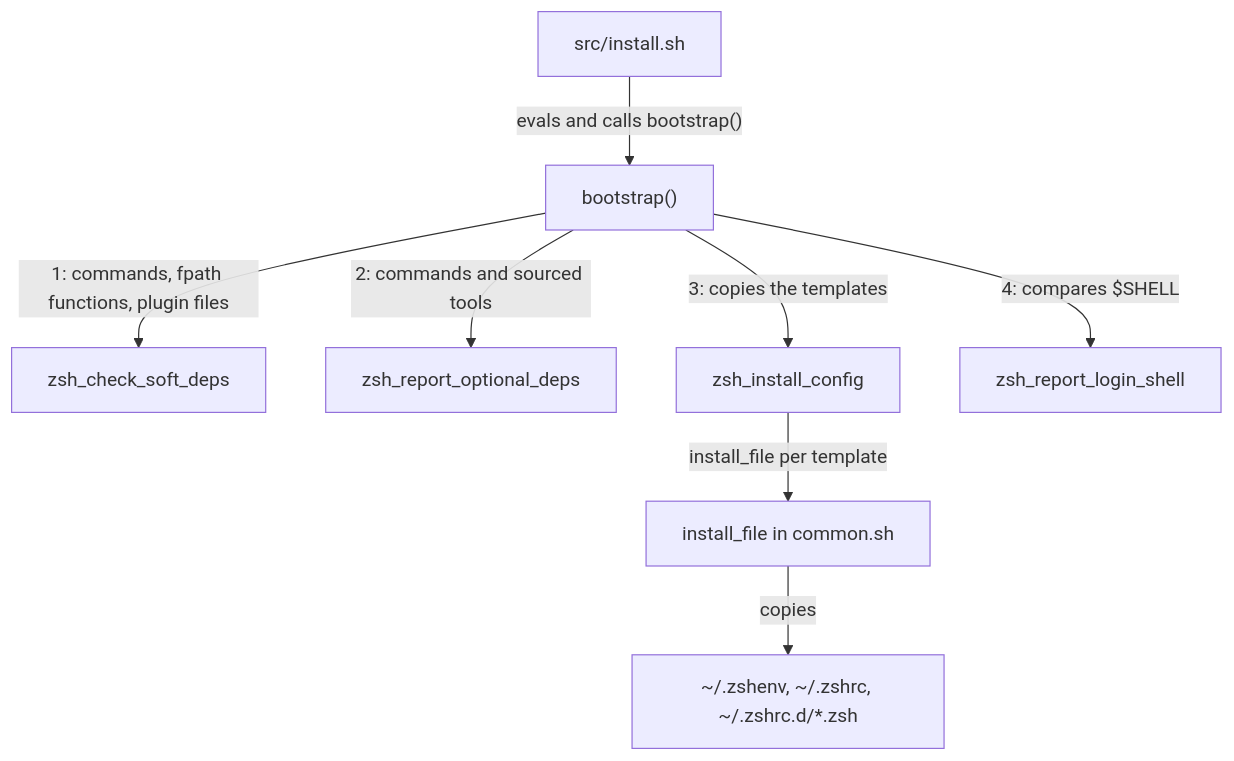
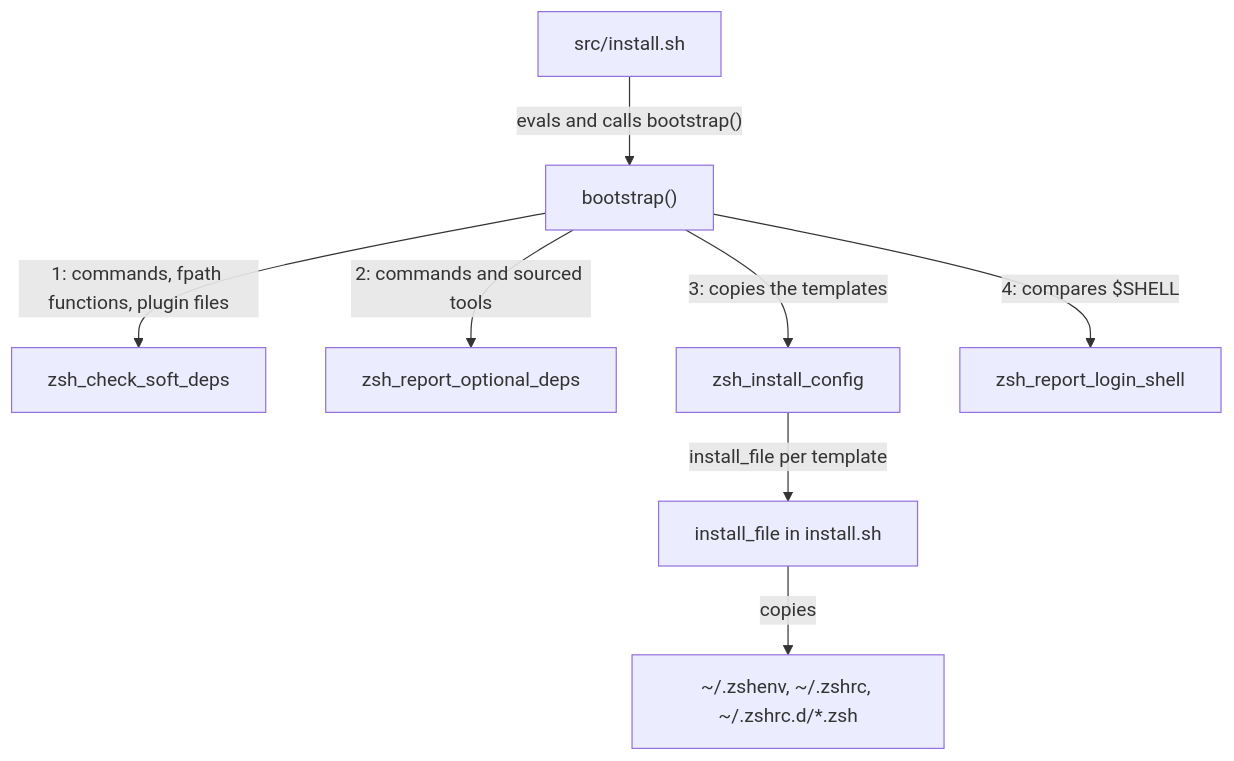
The first of 2 diagrams in docs/zsh/overview.md (froazin/dotfiles), drawn with Mermaid before and after one commit. The commit also changed other lines of this file and 45 other files, not shown here.

````diff
--- a/docs/zsh/overview.md
+++ b/docs/zsh/overview.md
@@ -29,12 +29,12 @@
 ```mermaid
 flowchart TD
     accTitle: How bootstrap.sh installs the zsh configuration
     accDescr: install.sh evaluates bootstrap.sh and calls bootstrap, which checks soft dependencies, reports optional ones, copies the templates with install_file and reports the login shell.
     install["src/install.sh"] -->|"evals and calls bootstrap()"| bootstrap["bootstrap()"]
     bootstrap -->|"1: commands, fpath functions, plugin files"| soft["zsh_check_soft_deps"]
     bootstrap -->|"2: commands and sourced tools"| optional["zsh_report_optional_deps"]
     bootstrap -->|"3: copies the templates"| config["zsh_install_config"]
     bootstrap -->|"4: compares $SHELL"| login["zsh_report_login_shell"]
-    config -->|"install_file per template"| helper["install_file in common.sh"]
+    config -->|"install_file per template"| helper["install_file in install.sh"]
     helper -->|copies| home["~/.zshenv, ~/.zshrc, ~/.zshrc.d/*.zsh"]
 ```
````
